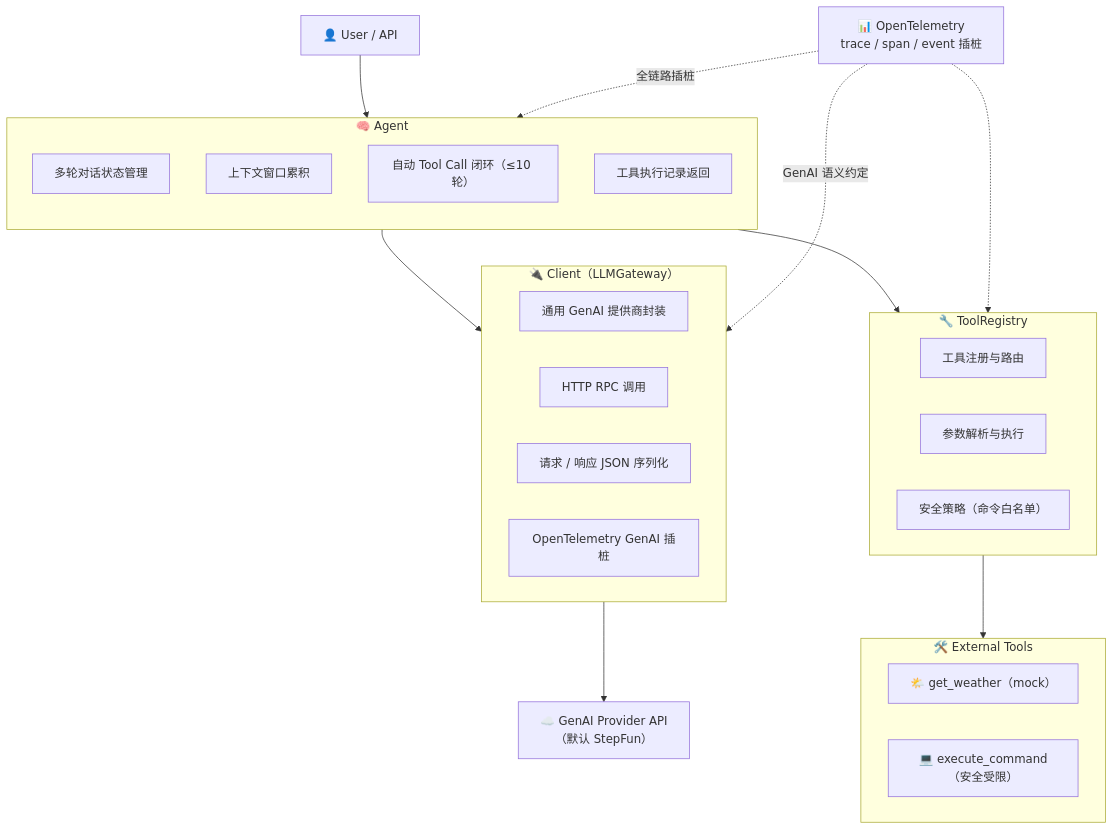
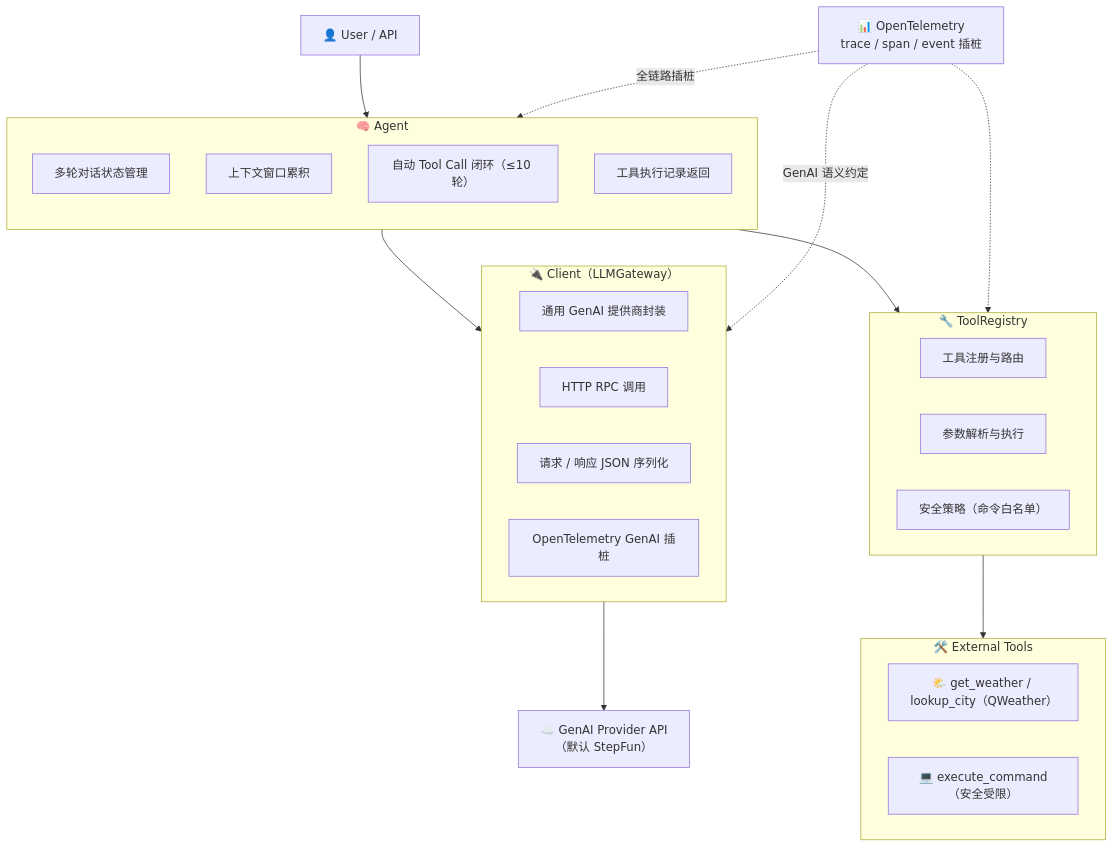
The diagram in README.md (cybershang/moonbit-agent-observability), drawn with Mermaid before and after one commit. The commit also changed other lines of this file and 5 other files, not shown here.

Commit message:
fix(tools): use current QWeather API endpoints/auth and add lookup_city tool

````diff
--- a/README.md
+++ b/README.md
@@ -25,44 +25,44 @@
 ```mermaid
 flowchart TD
     User["👤 User / API"]
 
     subgraph Agent["🧠 Agent"]
         direction TB
         A1["多轮对话状态管理"]
         A2["上下文窗口累积"]
         A3["自动 Tool Call 闭环（≤10 轮）"]
         A4["工具执行记录返回"]
     end
 
     subgraph Client["🔌 Client（LLMGateway）"]
         C1["通用 GenAI 提供商封装"]
         C2["HTTP RPC 调用"]
         C3["请求 / 响应 JSON 序列化"]
         C4["OpenTelemetry GenAI 插桩"]
     end
 
     API["☁️ GenAI Provider API<br/>（默认 StepFun）"]
 
     subgraph TR["🔧 ToolRegistry"]
         T1["工具注册与路由"]
         T2["参数解析与执行"]
         T3["安全策略（命令白名单）"]
     end
 
     subgraph Tools["🛠️ External Tools"]
-        TW["🌤️ get_weather（mock）"]
+        TW["🌤️ get_weather / lookup_city（QWeather）"]
         TC["💻 execute_command（安全受限）"]
     end
 
     OTel["📊 OpenTelemetry<br/>trace / span / event 插桩"]
 
     User --> Agent
     Agent --> Client
     Client --> API
     Agent --> TR
     TR --> Tools
 
     OTel -.->|全链路插桩| Agent
     OTel -.->|GenAI 语义约定| Client
     OTel -.-> TR
 ```
````
